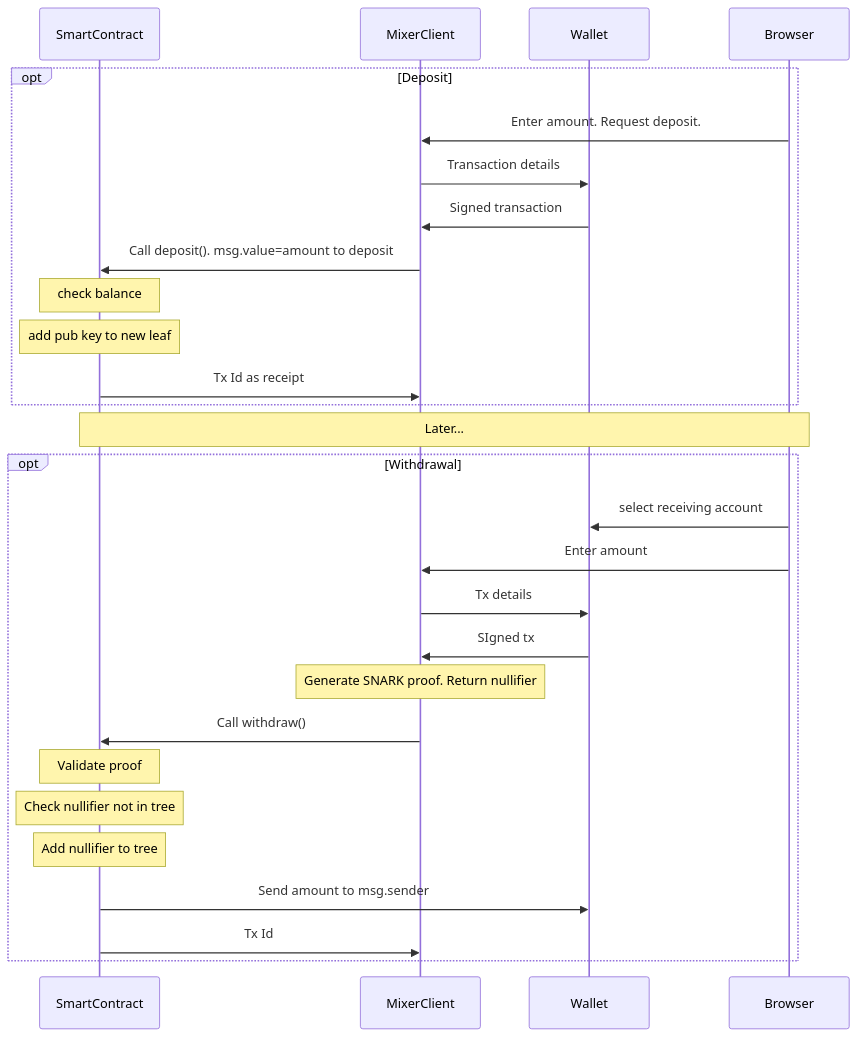
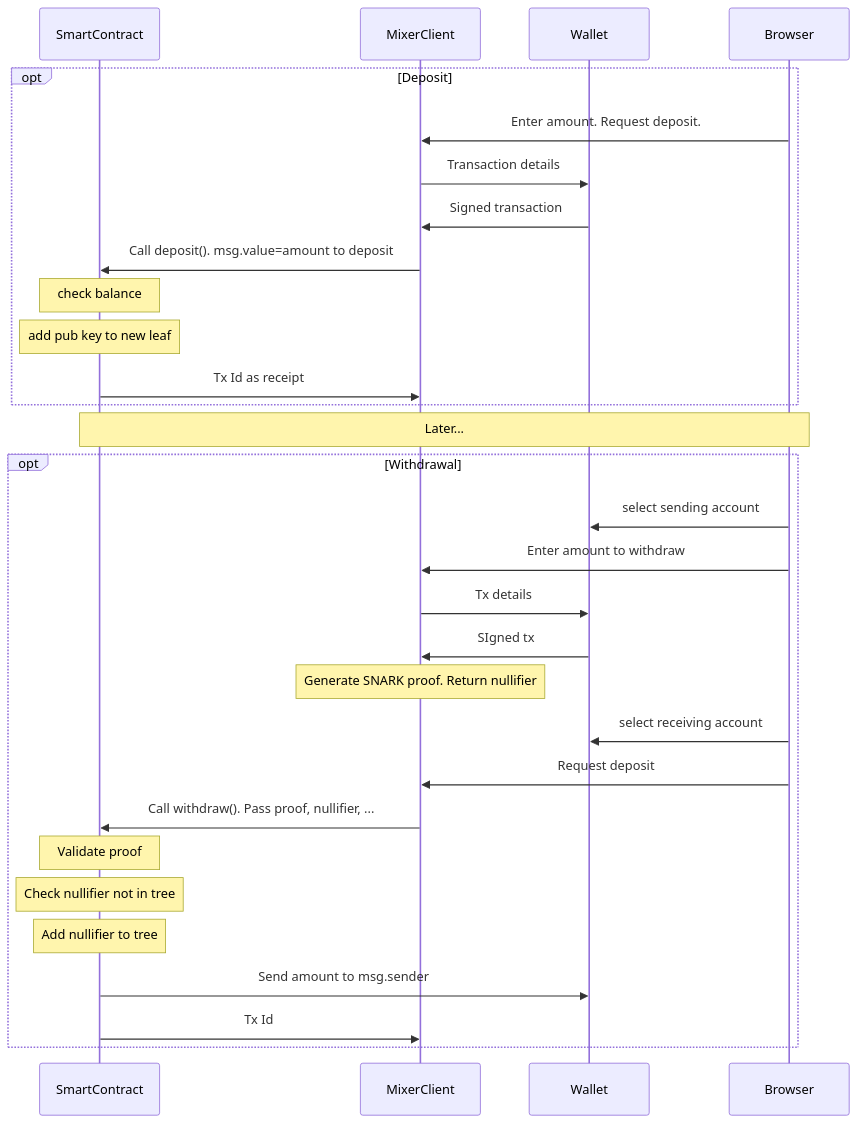
The diagram in mixer.mmd (DalaiLlaama/mixer), drawn with Mermaid before and after one commit.

Commit message:
Correct account selection

```diff
--- a/mixer.mmd
+++ b/mixer.mmd
@@ -1,28 +1,30 @@
 sequenceDiagram
 participant sc as SmartContract
 participant c as MixerClient
 participant w as Wallet
 participant b as Browser    
 opt Deposit
     b->>c: Enter amount. Request deposit.
     c->>w: Transaction details
     w->>c: Signed transaction
     c->>sc: Call deposit(). msg.value=amount to deposit
     note over sc: check balance
     note over sc: add pub key to new leaf
     sc->>c: Tx Id as receipt
 end
 Note over sc,b: Later...
 opt Withdrawal
-    b->>w: select receiving account
-    b->>c: Enter amount
+    b->>w: select sending account
+    b->>c: Enter amount to withdraw
     c->>w: Tx details
     w->>c: SIgned tx
     note over c: Generate SNARK proof. Return nullifier
-    c->>sc: Call withdraw()
+    b->>w: select receiving account
+    b->>c: Request deposit
+    c->>sc: Call withdraw(). Pass proof, nullifier, ...
     note over sc: Validate proof
     note over sc: Check nullifier not in tree
     note over sc: Add nullifier to tree
     sc->>w: Send amount to msg.sender
     sc->>c: Tx Id
 end
```
